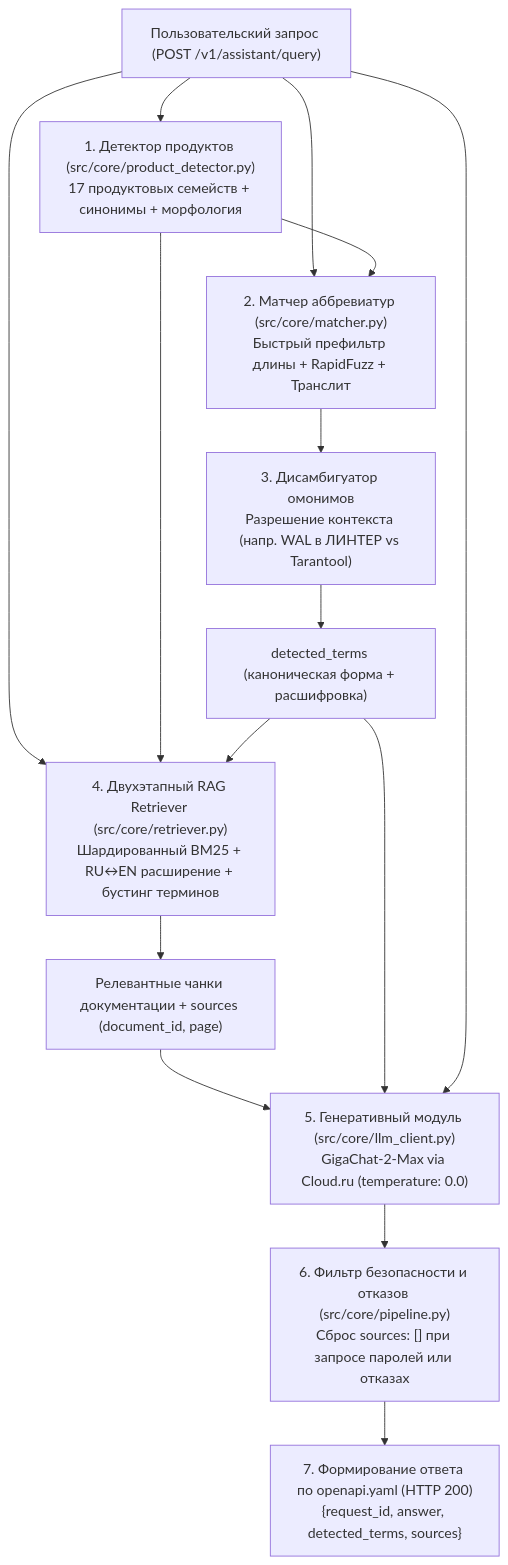
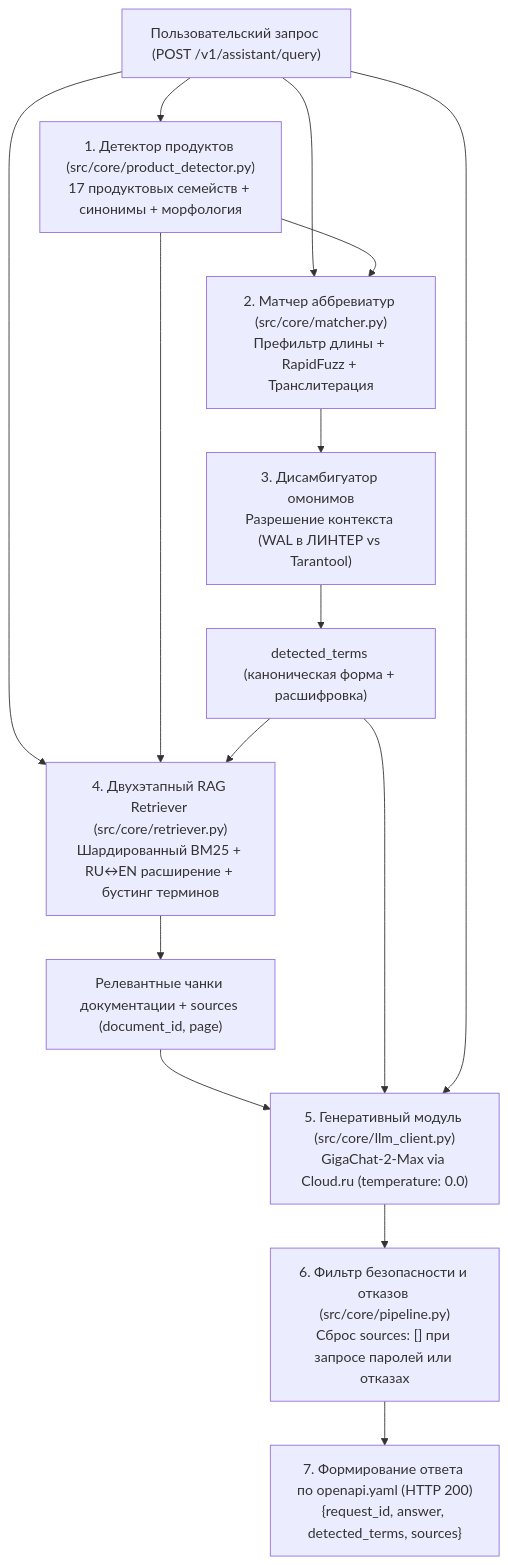
One commit to Otmorojeni/corporate-AI-agent changed the first of 3 diagrams in README.md. Above: the diagram before and after it, drawn with Mermaid. The commit also changed other lines of this file, not shown here.

````diff
--- a/README.md
+++ b/README.md
@@ -37,23 +51,23 @@
 ```mermaid
 flowchart TD
     UserQuery["Пользовательский запрос (POST /v1/assistant/query)"] --> ProdDet["1. Детектор продуктов (src/core/product_detector.py)<br/>17 продуктовых семейств + синонимы + морфология"]
-    UserQuery --> TermMatch["2. Матчер аббревиатур (src/core/matcher.py)<br/>Быстрый префильтр длины + RapidFuzz + Транслит"]
+    UserQuery --> TermMatch["2. Матчер аббревиатур (src/core/matcher.py)<br/>Префильтр длины + RapidFuzz + Транслитерация"]
     ProdDet --> TermMatch
     
-    TermMatch --> Disambig["3. Дисамбигуатор омонимов<br/>Разрешение контекста (напр. WAL в ЛИНТЕР vs Tarantool)"]
+    TermMatch --> Disambig["3. Дисамбигуатор омонимов<br/>Разрешение контекста (WAL в ЛИНТЕР vs Tarantool)"]
     Disambig --> DetectedTerms["detected_terms (каноническая форма + расшифровка)"]
     
     UserQuery --> Retriever["4. Двухэтапный RAG Retriever (src/core/retriever.py)<br/>Шардированный BM25 + RU↔EN расширение + бустинг терминов"]
     ProdDet --> Retriever
     DetectedTerms --> Retriever
     
     Retriever --> Chunks["Релевантные чанки документации + sources (document_id, page)"]
     
     Chunks --> LLM["5. Генеративный модуль (src/core/llm_client.py)<br/>GigaChat-2-Max via Cloud.ru (temperature: 0.0)"]
     DetectedTerms --> LLM
     UserQuery --> LLM
     
     LLM --> Refusal["6. Фильтр безопасности и отказов (src/core/pipeline.py)<br/>Сброс sources: [] при запросе паролей или отказах"]
     
     Refusal --> Response["7. Формирование ответа по openapi.yaml (HTTP 200)<br/>{request_id, answer, detected_terms, sources}"]
 ```
````
